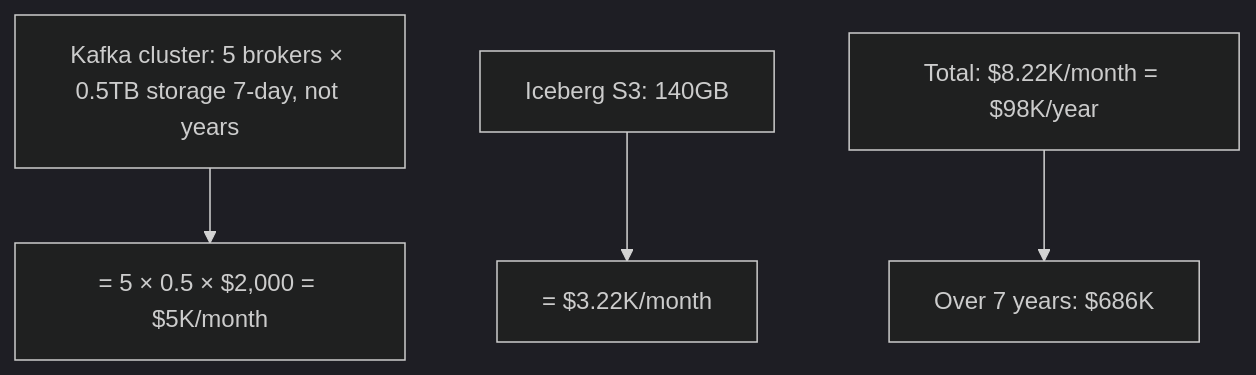
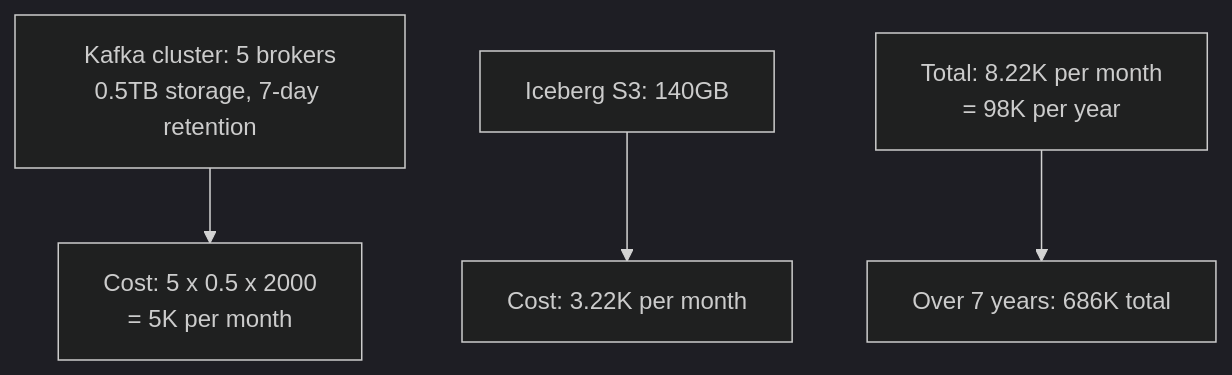
The fourth of 5 diagrams in docs/adrs/ADR-0004-real-time.md (naren-chakraview/chakraview-fintech-data-mesh), drawn with Mermaid (dark theme) before and after one commit. The commit also changed other lines of this file and 21 other files, not shown here.

First line of the commit message:
Fix mermaid diagram rendering issues in fintech data mesh documentation

````diff
--- a/docs/adrs/ADR-0004-real-time.md
+++ b/docs/adrs/ADR-0004-real-time.md
@@ -113,11 +113,11 @@
 ```mermaid
 graph TD
-    A["Kafka cluster: 5 brokers × 0.5TB storage 7-day, not years"]
-    A --> B["= 5 × 0.5 × $2,000 = $5K/month"]
+    A["Kafka cluster: 5 brokers<br/>0.5TB storage, 7-day retention"]
+    A --> B["Cost: 5 x 0.5 x 2000<br/>= 5K per month"]
     
     C["Iceberg S3: 140GB"]
-    C --> D["= $3.22K/month"]
+    C --> D["Cost: 3.22K per month"]
     
-    E["Total: $8.22K/month = $98K/year"]
-    E --> F["Over 7 years: $686K"]
+    E["Total: 8.22K per month<br/>= 98K per year"]
+    E --> F["Over 7 years: 686K total"]
 ```
````
